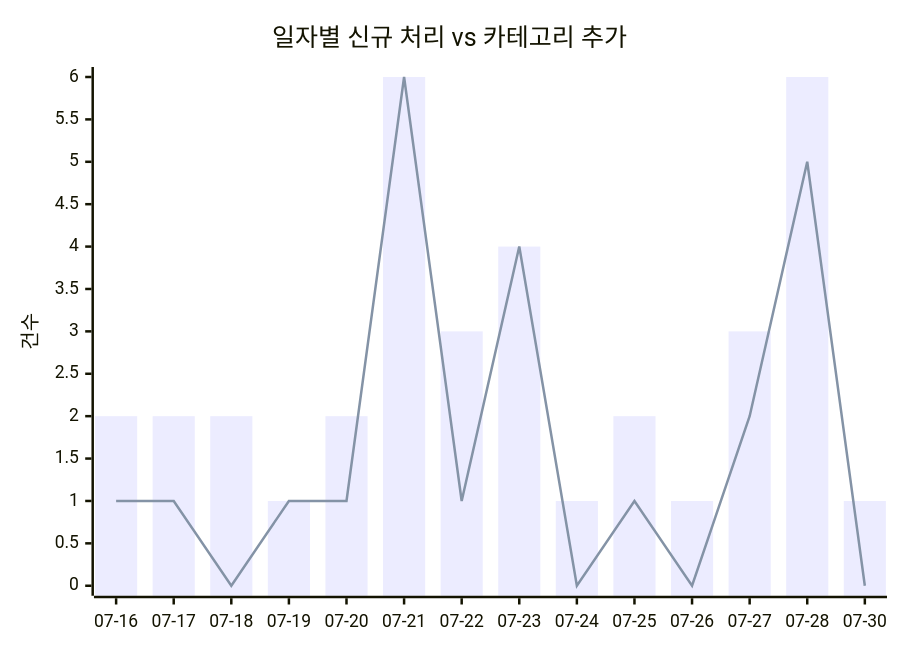
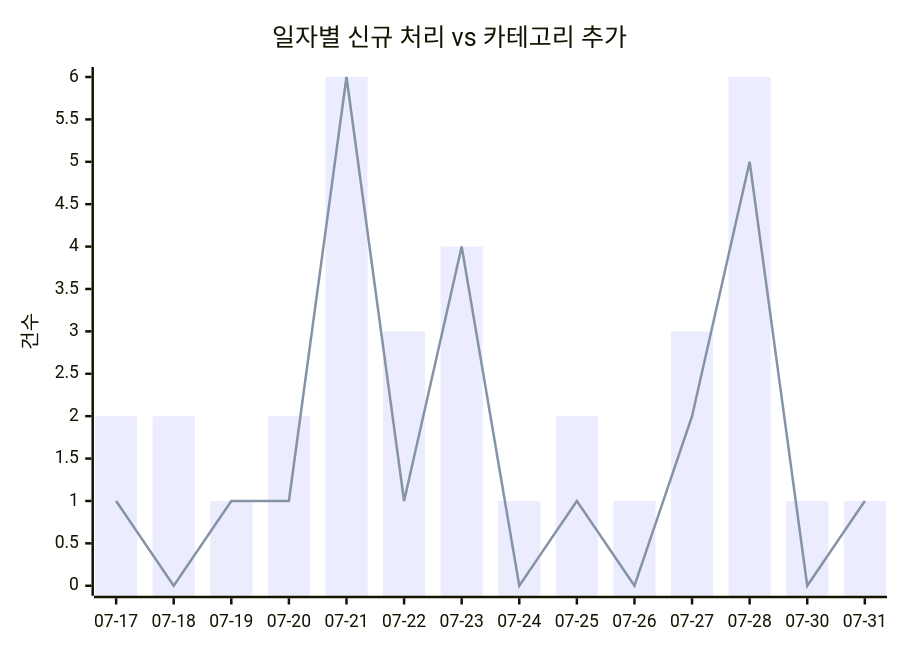
One commit to J-nowcow/awesome-korean-agent-skills changed the first of 2 diagrams in docs/trends.md. Above: the diagram before and after it, drawn with Mermaid. The commit also changed other lines of this file and 4 other files, not shown here.

````diff
--- a/docs/trends.md
+++ b/docs/trends.md
@@ -32,8 +32,8 @@
 ```mermaid
 xychart-beta
     title "일자별 신규 처리 vs 카테고리 추가"
-    x-axis ["07-16","07-17","07-18","07-19","07-20","07-21","07-22","07-23","07-24","07-25","07-26","07-27","07-28","07-30"]
+    x-axis ["07-17","07-18","07-19","07-20","07-21","07-22","07-23","07-24","07-25","07-26","07-27","07-28","07-30","07-31"]
     y-axis "건수"
-    bar [2,2,2,1,2,6,3,4,1,2,1,3,6,1]
-    line [1,1,0,1,1,6,1,4,0,1,0,2,5,0]
+    bar [2,2,1,2,6,3,4,1,2,1,3,6,1,1]
+    line [1,0,1,1,6,1,4,0,1,0,2,5,0,1]
 ```
````
